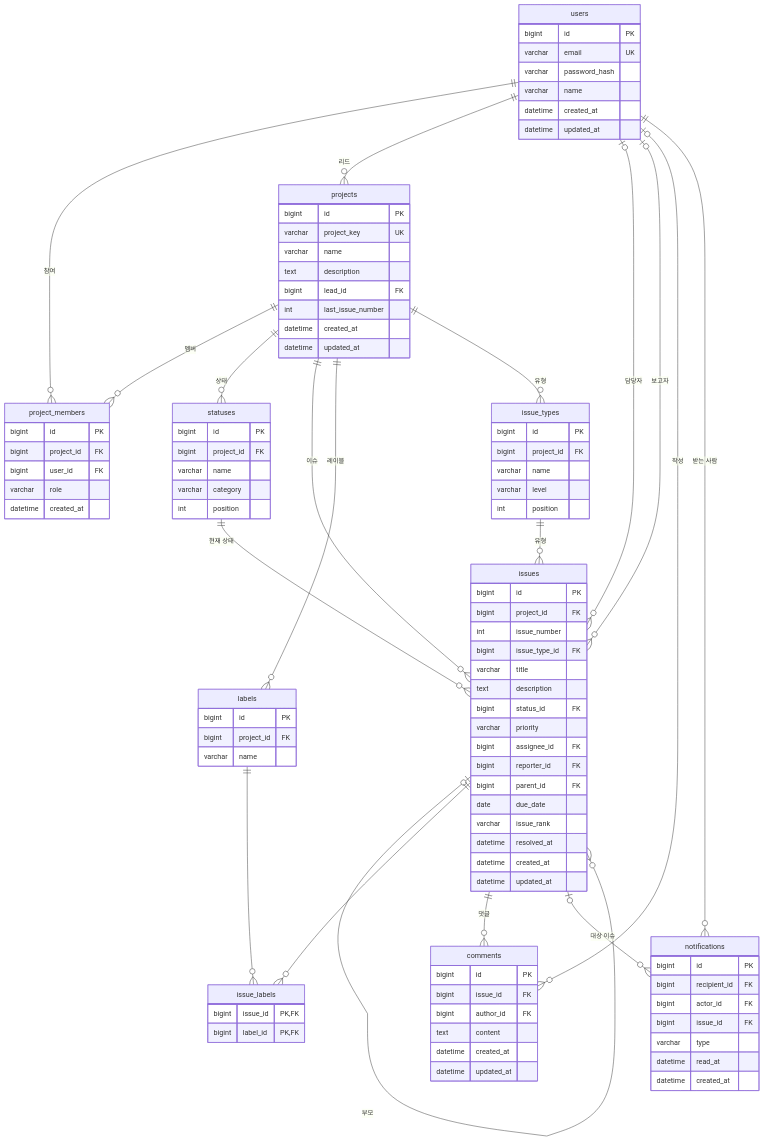
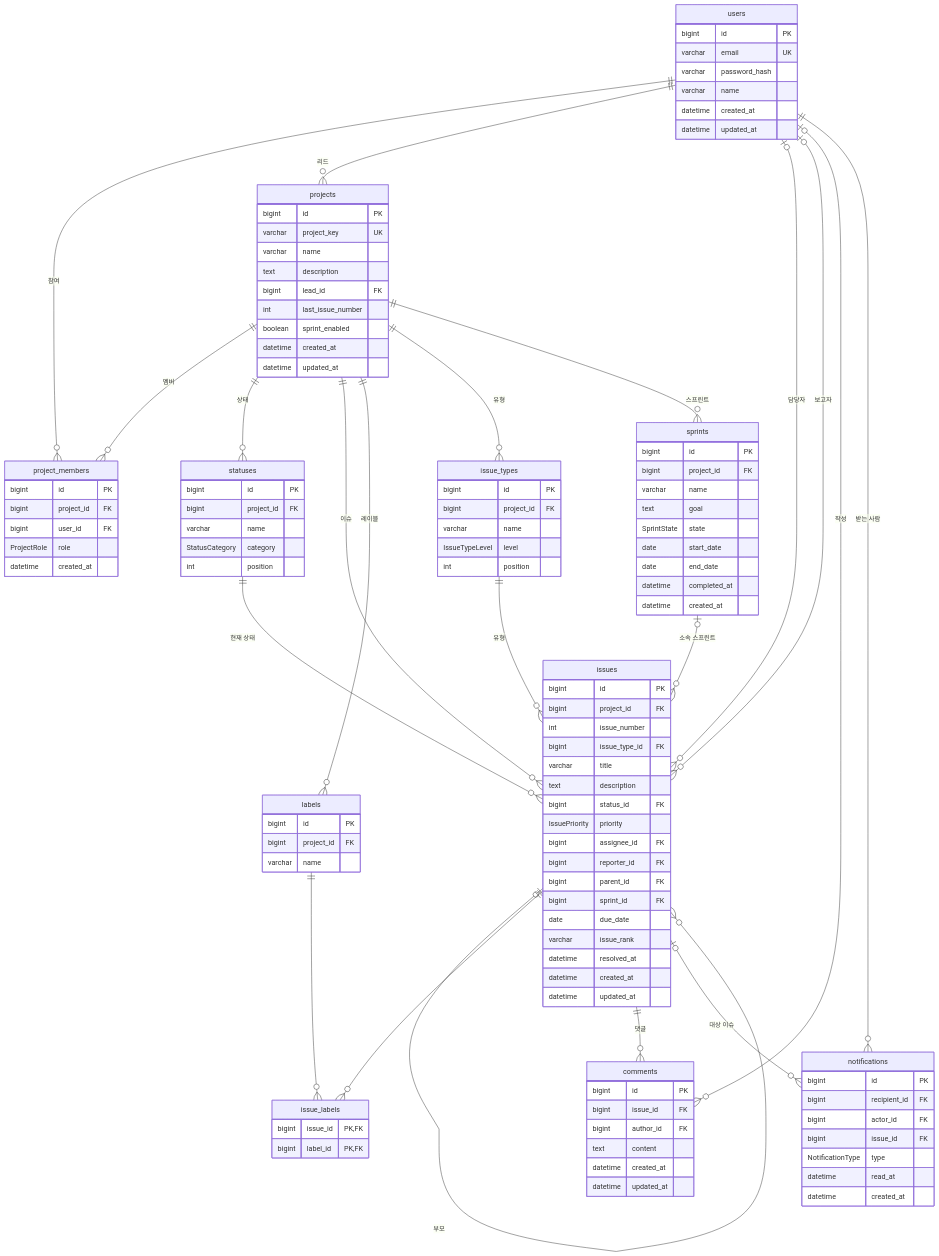
One commit to tnscjf3146/scheduler changed the diagram in docs/design/erd.md. Above: the diagram before and after it, drawn with Mermaid. The commit also changed other lines of this file and 5 other files, not shown here.

```diff
--- a/docs/design/erd.md
+++ b/docs/design/erd.md
@@ -15,6 +15,8 @@
     statuses ||--o{ issues : "현재 상태"
     projects ||--o{ issue_types : "유형"
     issue_types ||--o{ issues : "유형"
+    projects ||--o{ sprints : "스프린트"
+    sprints |o--o{ issues : "소속 스프린트"
     users |o--o{ issues : "담당자"
     users |o--o{ issues : "보고자"
     issues |o--o{ issues : "부모"
@@ -40,6 +42,7 @@
         text description
         bigint lead_id FK
         int last_issue_number
+        boolean sprint_enabled
         datetime created_at
         datetime updated_at
     }
@@ -47,22 +50,33 @@
         bigint id PK
         bigint project_id FK
         bigint user_id FK
-        varchar role
+        ProjectRole role
         datetime created_at
     }
     statuses {
         bigint id PK
         bigint project_id FK
         varchar name
-        varchar category
+        StatusCategory category
         int position
     }
     issue_types {
         bigint id PK
         bigint project_id FK
         varchar name
-        varchar level
+        IssueTypeLevel level
         int position
+    }
+    sprints {
+        bigint id PK
+        bigint project_id FK
+        varchar name
+        text goal
+        SprintState state
+        date start_date
+        date end_date
+        datetime completed_at
+        datetime created_at
     }
     issues {
         bigint id PK
@@ -72,10 +86,11 @@
         varchar title
         text description
         bigint status_id FK
-        varchar priority
+        IssuePriority priority
         bigint assignee_id FK
         bigint reporter_id FK
         bigint parent_id FK
+        bigint sprint_id FK
         date due_date
         varchar issue_rank
         datetime resolved_at
@@ -104,7 +119,7 @@
         bigint recipient_id FK
         bigint actor_id FK
         bigint issue_id FK
-        varchar type
+        NotificationType type
         datetime read_at
         datetime created_at
     }
```
